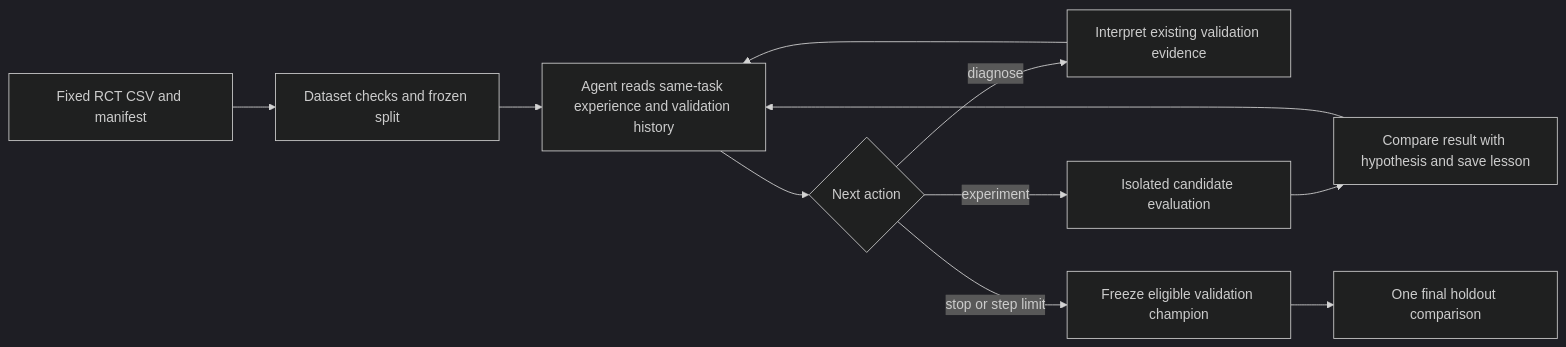
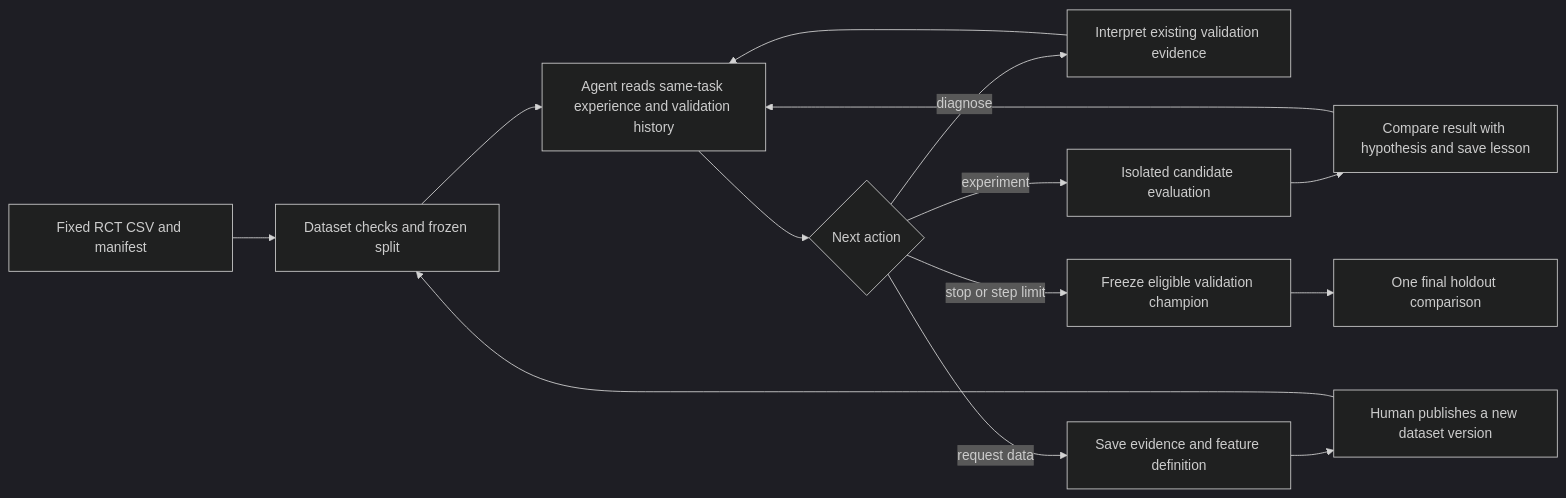
Before and after one commit to CharlesXu-HQ/CouponEvo: the diagram in docs/architecture.md, drawn with Mermaid (dark theme). The commit also changed other lines of this file and 11 other files, not shown here.

````diff
--- a/docs/architecture.md
+++ b/docs/architecture.md
@@ -3,13 +3,16 @@
 ```mermaid
 flowchart LR
     A[Fixed RCT CSV and manifest] --> B[Dataset checks and frozen split]
     B --> C[Agent reads same-task experience and validation history]
     C --> D{Next action}
     D -->|diagnose| E[Interpret existing validation evidence]
     E --> C
     D -->|experiment| F[Isolated candidate evaluation]
     F --> G[Compare result with hypothesis and save lesson]
     G --> C
+    D -->|request data| J[Save evidence and feature definition]
+    J --> K[Human publishes a new dataset version]
+    K --> B
     D -->|stop or step limit| H[Freeze eligible validation champion]
     H --> I[One final holdout comparison]
 ```
````
